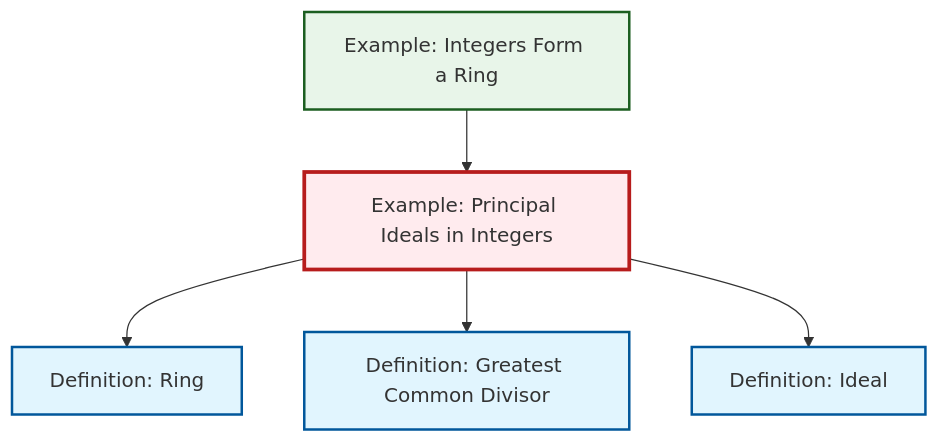
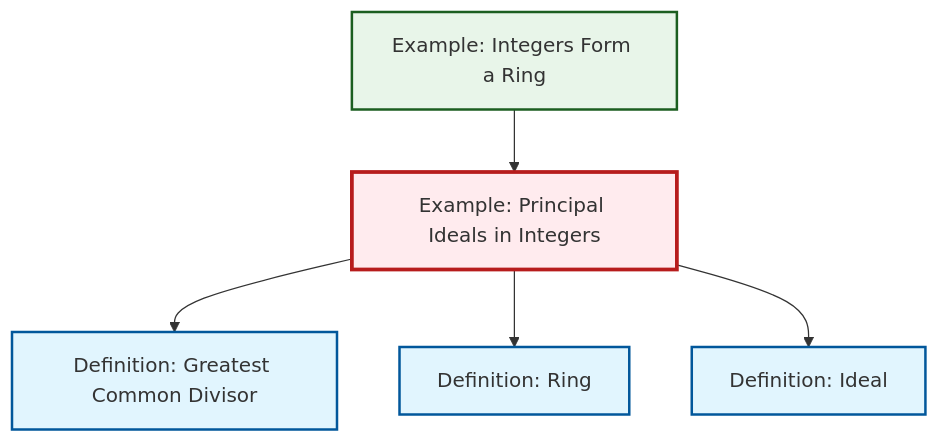
One commit to RK0429/ModernMath changed the diagram in content/en/algebra/ex-principal-ideal.qmd. Above: the diagram before and after it, drawn with Mermaid. The commit also changed other lines of this file and 434 other files, not shown here.

First line of the commit message:
feat: Add polynomial ring definition with comprehensive cross-references

````diff
--- a/content/en/algebra/ex-principal-ideal.qmd
+++ b/content/en/algebra/ex-principal-ideal.qmd
@@ -63,23 +63,23 @@
 ```{mermaid}
 %%| fig-cap: "Local dependency graph"
 graph TD
     classDef definition fill:#e1f5fe,stroke:#01579b,stroke-width:2px
     classDef theorem fill:#f3e5f5,stroke:#4a148c,stroke-width:2px
     classDef axiom fill:#fff3e0,stroke:#e65100,stroke-width:2px
     classDef example fill:#e8f5e9,stroke:#1b5e20,stroke-width:2px
     classDef current fill:#ffebee,stroke:#b71c1c,stroke-width:3px
+    def-ring["Definition: Ring"]:::definition
     def-gcd["Definition: Greatest Common Divisor"]:::definition
+    ex-principal-ideal["Example: Principal Ideals in Integers"]:::example
     ex-integers-ring["Example: Integers Form a Ring"]:::example
     def-ideal["Definition: Ideal"]:::definition
-    ex-principal-ideal["Example: Principal Ideals in Integers"]:::example
-    def-ring["Definition: Ring"]:::definition
+    ex-principal-ideal --> def-gcd
     ex-principal-ideal --> def-ring
-    ex-principal-ideal --> def-gcd
     ex-integers-ring --> ex-principal-ideal
     ex-principal-ideal --> def-ideal
     class ex-principal-ideal current
+    click def-ring "def-ring.html" "Go to Ring definition"
     click def-gcd "def-gcd.html" "Go to Greatest Common Divisor definition"
     click ex-integers-ring "ex-integers-ring.html" "Go to Integers Form a Ring example"
     click def-ideal "def-ideal.html" "Go to Ideal definition"
-    click def-ring "def-ring.html" "Go to Ring definition"
 ```
````
